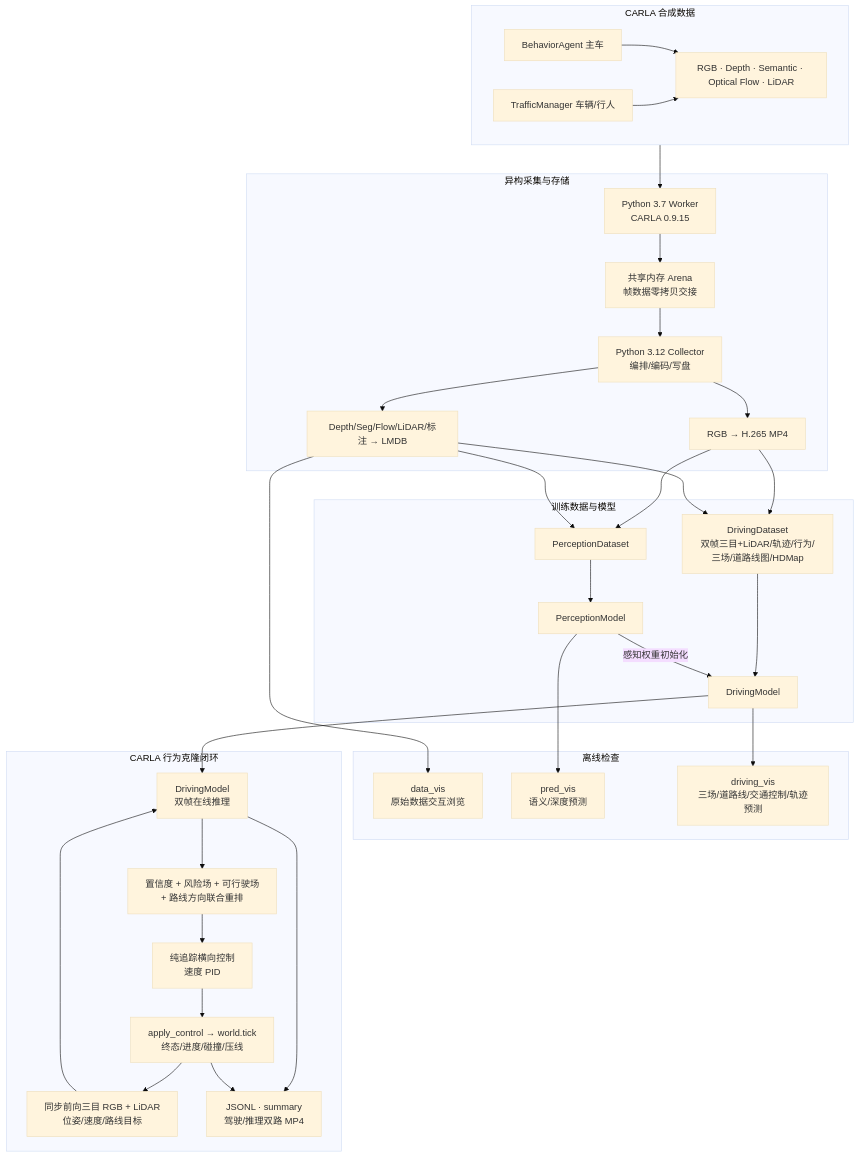
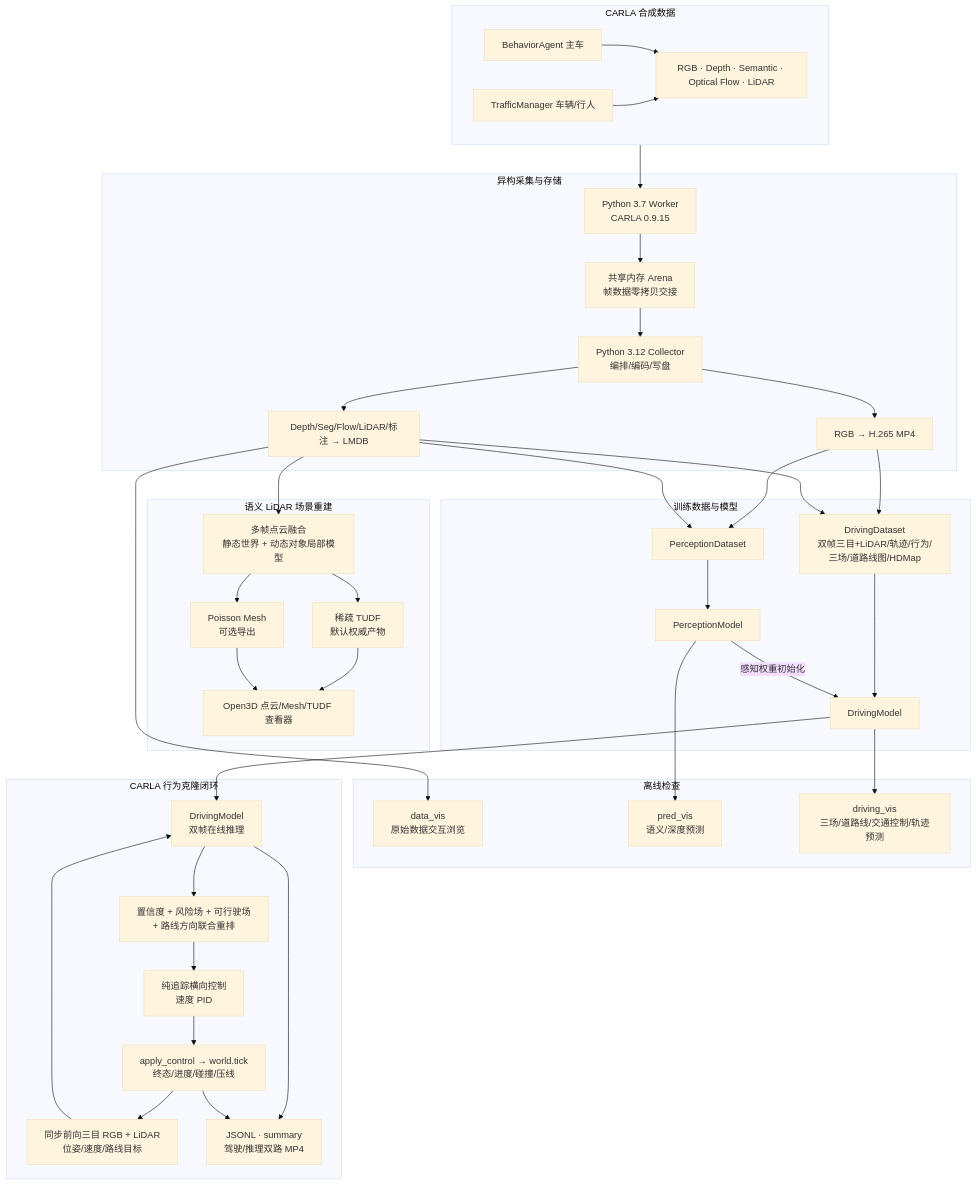
Before and after one commit to ByteDriveTeam/ByteDrive-Toy: the second of 9 diagrams in README.md, drawn with Mermaid (base theme). The commit also changed other lines of this file and 2 other files, not shown here.

````diff
--- a/README.md
+++ b/README.md
@@ -139,59 +154,69 @@
 ```mermaid
 flowchart TB
     subgraph SIM["CARLA 合成数据"]
         C1["BehaviorAgent 主车"]
         C2["TrafficManager 车辆/行人"]
         C3["RGB · Depth · Semantic · Optical Flow · LiDAR"]
         C1 --> C3
         C2 --> C3
     end
 
     subgraph STORE["异构采集与存储"]
         W["Python 3.7 Worker<br/>CARLA 0.9.15"]
         SHM["共享内存 Arena<br/>帧数据零拷贝交接"]
         COL["Python 3.12 Collector<br/>编排/编码/写盘"]
         MP4["RGB → H.265 MP4"]
         DB["Depth/Seg/Flow/LiDAR/标注 → LMDB"]
         W --> SHM --> COL
         COL --> MP4
         COL --> DB
+    end
+
+    subgraph RECON["语义 LiDAR 场景重建"]
+        FUSE["多帧点云融合<br/>静态世界 + 动态对象局部模型"]
+        TUDF["稀疏 TUDF<br/>默认权威产物"]
+        MESH["Poisson Mesh<br/>可选导出"]
+        RVIS["Open3D 点云/Mesh/TUDF 查看器"]
+        FUSE --> TUDF --> RVIS
+        FUSE --> MESH --> RVIS
     end
 
     subgraph LEARN["训练数据与模型"]
         DS1["PerceptionDataset"]
         DS2["DrivingDataset<br/>双帧三目+LiDAR/轨迹/行为/三场/道路线图/HDMap"]
         P["PerceptionModel"]
         D["DrivingModel"]
         DS1 --> P
         DS2 --> D
         P -->|"感知权重初始化"| D
     end
 
     subgraph VIS["离线检查"]
         V1["data_vis<br/>原始数据交互浏览"]
         V2["pred_vis<br/>语义/深度预测"]
         V3["driving_vis<br/>三场/道路线/交通控制/轨迹预测"]
     end
 
     subgraph CLOSED["CARLA 行为克隆闭环"]
         OBS["同步前向三目 RGB + LiDAR<br/>位姿/速度/路线目标"]
         INF["DrivingModel<br/>双帧在线推理"]
         SELECT["置信度 + 风险场 + 可行驶场<br/>+ 路线方向联合重排"]
         CTRL["纯追踪横向控制<br/>速度 PID"]
         STEP["apply_control → world.tick<br/>终态/进度/碰撞/压线"]
         LOG["JSONL · summary<br/>驾驶/推理双路 MP4"]
         OBS --> INF --> SELECT --> CTRL --> STEP --> OBS
         INF --> LOG
         STEP --> LOG
     end
 
     SIM --> W
     MP4 --> DS1
     DB --> DS1
     MP4 --> DS2
     DB --> DS2
+    DB --> FUSE
     DB --> V1
     P --> V2
     D --> V3
     D --> INF
 ```
````
